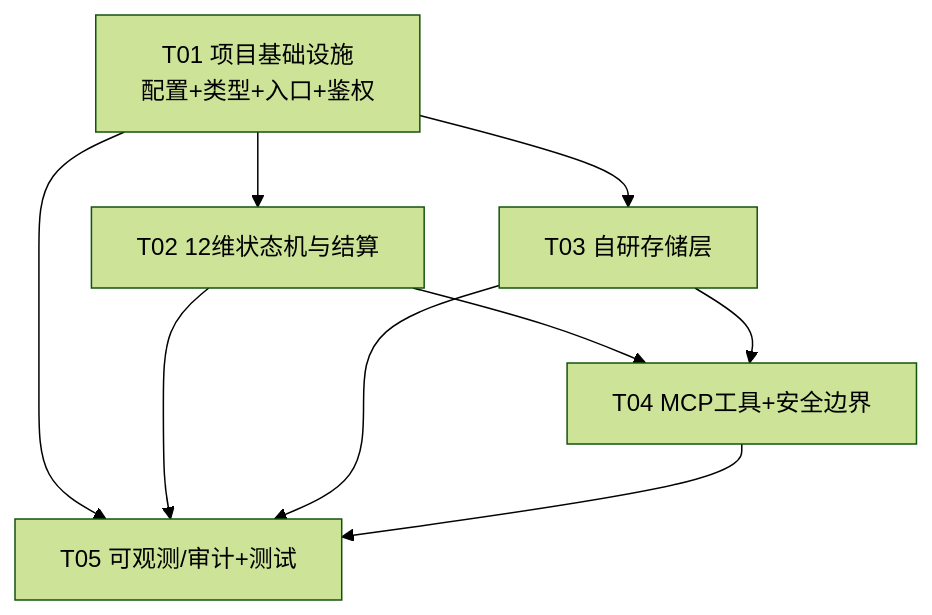
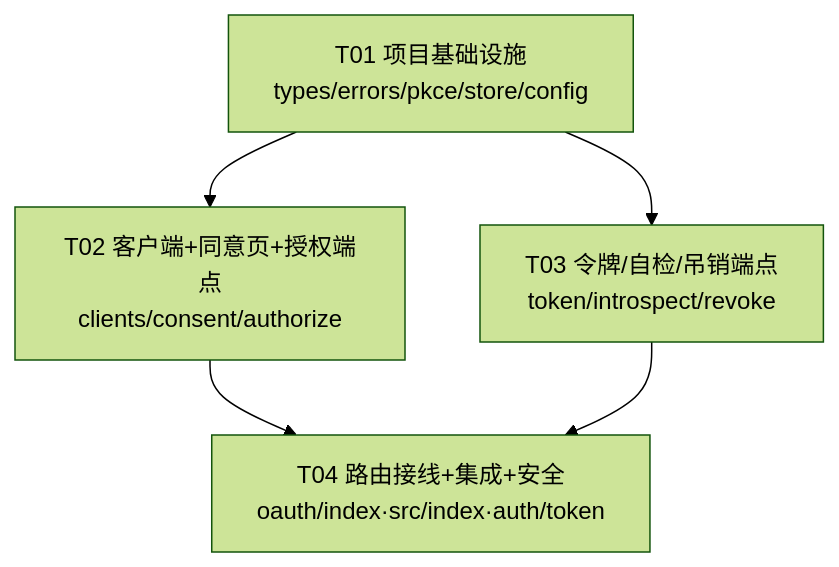
One commit to llldsg114-web/xiaonaun changed the third of 3 diagrams in docs/system_design.md. Above: the diagram before and after it, drawn with Mermaid (forest theme). The commit also changed other lines of this file and 27 other files, not shown here.

````diff
--- a/docs/system_design.md
+++ b/docs/system_design.md
@@ -486,17 +412,12 @@
 ```mermaid
 graph TD
-    T01["T01 项目基础设施<br/>配置+类型+入口+鉴权"]
-    T02["T02 12维状态机与结算"]
-    T03["T03 自研存储层"]
-    T04["T04 MCP工具+安全边界"]
-    T05["T05 可观测/审计+测试"]
+    T01["T01 项目基础设施<br/>types/errors/pkce/store/config"]
+    T02["T02 客户端+同意页+授权端点<br/>clients/consent/authorize"]
+    T03["T03 令牌/自检/吊销端点<br/>token/introspect/revoke"]
+    T04["T04 路由接线+集成+安全<br/>oauth/index·src/index·auth/token"]
 
     T01 --> T02
     T01 --> T03
-    T01 --> T05
     T02 --> T04
     T03 --> T04
-    T02 --> T05
-    T03 --> T05
-    T04 --> T05
 ```
````
